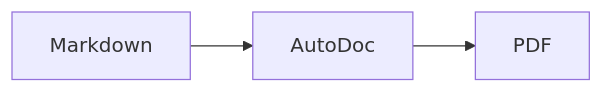
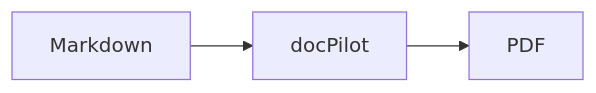
Before and after one commit to metaneutrons/autodoc: the diagram in test-project/01-introduction.md, drawn with Mermaid. The commit also changed other lines of this file and 26 other files, not shown here.

Commit message:
refactor: rename AutoDoc to docPilot

````diff
--- a/test-project/01-introduction.md
+++ b/test-project/01-introduction.md
@@ -11,5 +11,5 @@
 ```mermaid
 graph LR
-    A[Markdown] --> B[AutoDoc]
+    A[Markdown] --> B[docPilot]
     B --> C[PDF]
 ```
````
